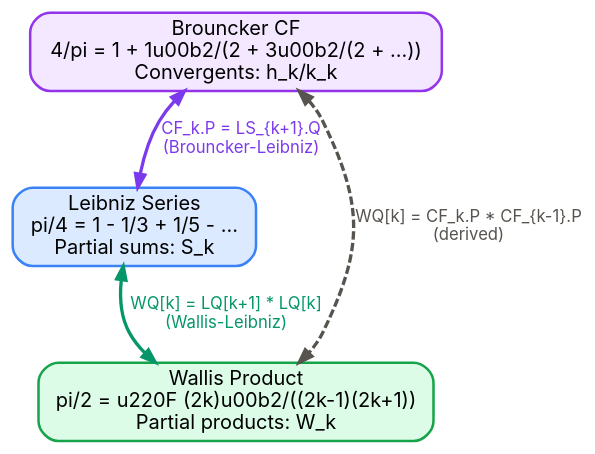
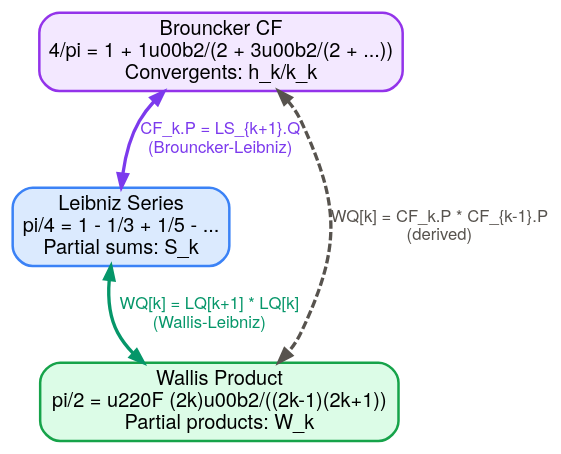
The diagram in tutorial/diagrams/three-way-pi.dot (jakebromberg/misuse-of-notation), drawn with Graphviz before and after one commit. The commit also changed 11 other files, not shown here.

```diff
--- a/tutorial/diagrams/three-way-pi.dot
+++ b/tutorial/diagrams/three-way-pi.dot
@@ -1,55 +1,55 @@
 // Three-way connection: Brouncker CF <-> Leibniz series <-> Wallis product
 digraph three_way_pi {
   bgcolor="transparent";
   node [
-    fontname="Inter"
+    fontname="Helvetica Neue"
     fontsize=12
     shape=box
     style="rounded,filled"
     fillcolor="#f5f5f4"
     color="#d6d3d1"
     penwidth=1.5
   ];
   edge [
-    fontname="Inter"
+    fontname="Helvetica Neue"
     fontsize=10
     penwidth=2
     arrowsize=0.8
     dir=both
     arrowhead=normal
     arrowtail=normal
   ];
 
   brouncker [
     label="Brouncker CF\n4/pi = 1 + 1\u00b2/(2 + 3\u00b2/(2 + ...))\nConvergents: h_k/k_k"
     fillcolor="#f3e8ff"
     color="#9333ea"
   ];
   leibniz [
     label="Leibniz Series\npi/4 = 1 - 1/3 + 1/5 - ...\nPartial sums: S_k"
     fillcolor="#dbeafe"
     color="#3b82f6"
   ];
   wallis [
     label="Wallis Product\npi/2 = \u220F (2k)\u00b2/((2k-1)(2k+1))\nPartial products: W_k"
     fillcolor="#dcfce7"
     color="#16a34a"
   ];
 
   brouncker -> leibniz [
     label="CF_k.P = LS_{k+1}.Q\n(Brouncker-Leibniz)"
     color="#7c3aed"
     fontcolor="#7c3aed"
   ];
   leibniz -> wallis [
     label="WQ[k] = LQ[k+1] * LQ[k]\n(Wallis-Leibniz)"
     color="#059669"
     fontcolor="#059669"
   ];
   brouncker -> wallis [
     label="WQ[k] = CF_k.P * CF_{k-1}.P\n(derived)"
     color="#57534e"
     fontcolor="#57534e"
     style=dashed
   ];
 }
```
